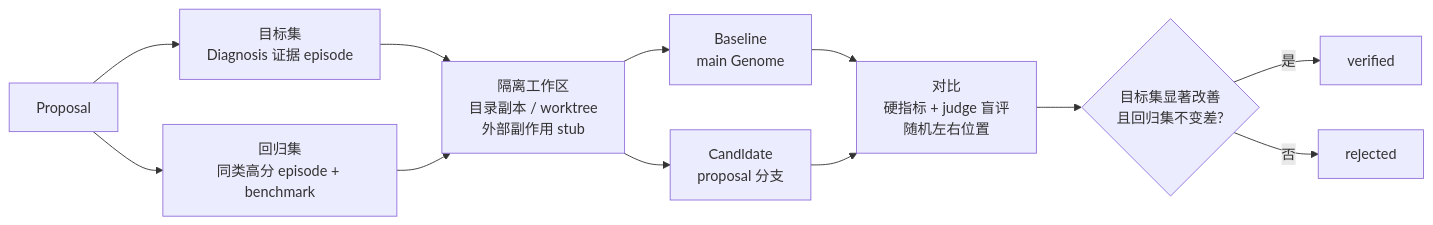
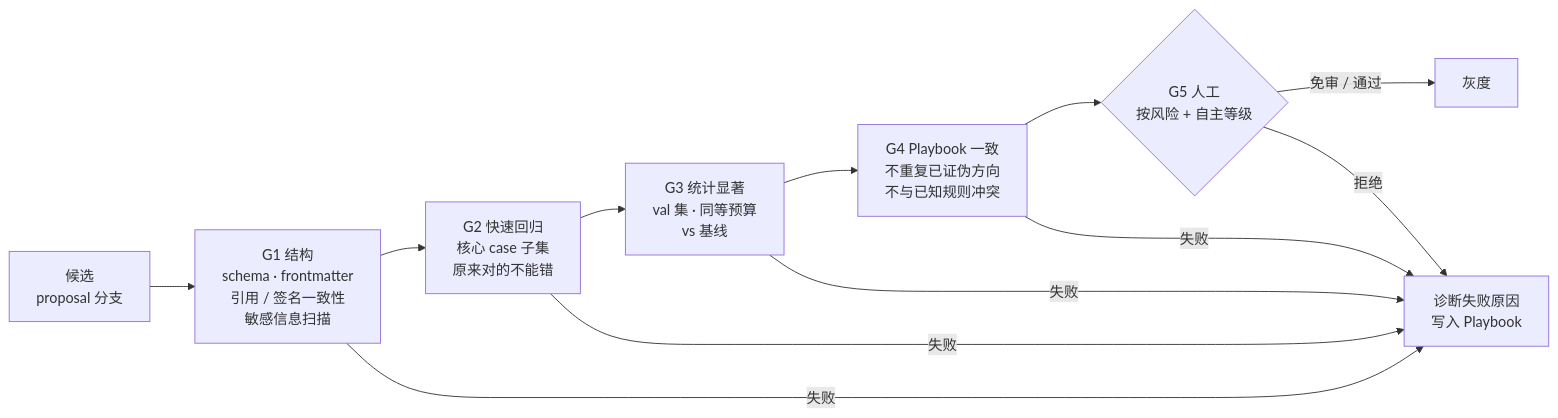
The ninth of 12 diagrams in docs/self-evolution-architecture.md (LB-Young/Auton), drawn with Mermaid before and after one commit. The commit also changed other lines of this file, not shown here.

````diff
--- a/docs/self-evolution-architecture.md
+++ b/docs/self-evolution-architecture.md
@@ -369,10 +525,11 @@
 ```mermaid
 flowchart LR
-  P["Proposal"] --> T1["目标集<br/>Diagnosis 证据 episode"] & T2["回归集<br/>同类高分 episode + benchmark"]
-  T1 & T2 --> W["隔离工作区<br/>目录副本 / worktree<br/>外部副作用 stub"]
-  W --> B["Baseline<br/>main Genome"] & C["Candidate<br/>proposal 分支"]
-  B & C --> CMP["对比<br/>硬指标 + judge 盲评<br/>随机左右位置"]
-  CMP --> D{"目标集显著改善<br/>且回归集不变差?"}
-  D -->|是| OK["verified"]
-  D -->|否| NO["rejected"]
+  C["候选<br/>proposal 分支"] --> G1["G1 结构<br/>schema · frontmatter<br/>引用 / 签名一致性<br/>敏感信息扫描"]
+  G1 --> G2["G2 快速回归<br/>核心 case 子集<br/>原来对的不能错"]
+  G2 --> G3["G3 统计显著<br/>val 集 · 同等预算<br/>vs 基线"]
+  G3 --> G4["G4 Playbook 一致<br/>不重复已证伪方向<br/>不与已知规则冲突"]
+  G4 --> G5{"G5 人工<br/>按风险 + 自主等级"}
+  G5 -->|"免审 / 通过"| CAN["灰度"]
+  G1 & G2 & G3 & G4 -->|失败| FB["诊断失败原因<br/>写入 Playbook"]
+  G5 -->|拒绝| FB
 ```
````
